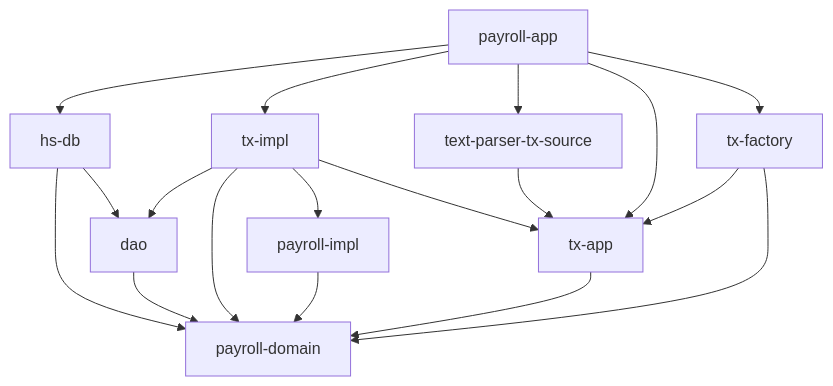
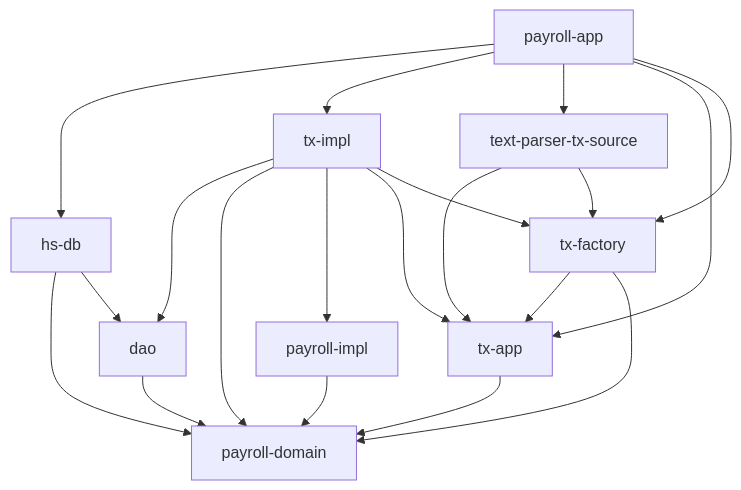
One commit to cutsea110/payroll changed the diagram in README.md. Above: the diagram before and after it, drawn with Mermaid. The commit also changed 7 other files, not shown here.

````diff
--- a/README.md
+++ b/README.md
@@ -3,28 +3,30 @@
 ```mermaid
 graph TD
 
   payroll-impl --> payroll-domain
 
   dao --> payroll-domain
   
   tx-impl --> dao
   tx-impl --> payroll-domain
   tx-impl --> payroll-impl
   tx-impl --> tx-app
+  tx-impl --> tx-factory
   
   tx-app --> payroll-domain
 
   tx-factory --> tx-app
   tx-factory --> payroll-domain
   
   text-parser-tx-source --> tx-app
+  text-parser-tx-source --> tx-factory
   
   hs-db --> payroll-domain
   hs-db --> dao
   
   payroll-app --> hs-db
   payroll-app --> tx-impl
   payroll-app --> text-parser-tx-source
   payroll-app --> tx-app
   payroll-app --> tx-factory
 ```
````
